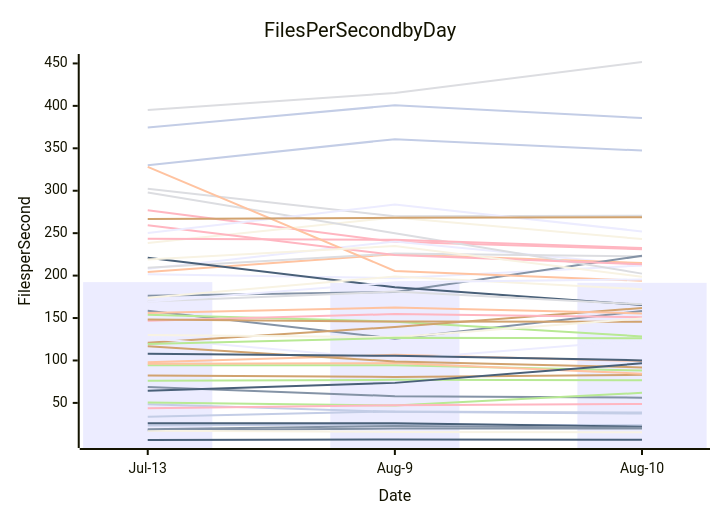
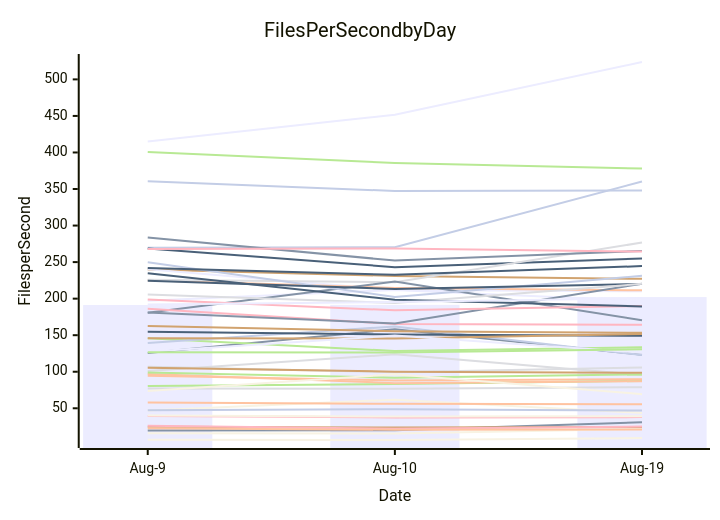
The diagram in perf-report.md (streetsidesoftware/cspell), drawn with Mermaid before and after one commit. The commit also changed other lines of this file and 2 other files, not shown here.

````diff
--- a/perf-report.md
+++ b/perf-report.md
@@ -11,57 +11,57 @@
 ```mermaid
 xychart-beta
     title Files Per Second by Day
     y-axis Files per Second
-    x-axis Date [Jul-13, Aug-9, Aug-10]
-    bar [192.31, 191.27, 191.48]
-    line [17.82, 19.76, 19.87]
-    line [97.93, 106.66, 99.38]
-    line [302.24, 269.81, 270.47]
-    line [94.47, 94.45, 88.13]
-    line [82.41, 80.61, 83.15]
-    line [48.47, 39.52, 37.52]
-    line [277.07, 239.79, 231.09]
-    line [6.29, 6.78, 6.60]
-    line [238.39, 268.54, 243.09]
-    line [208.19, 240.17, 211.99]
-    line [158.48, 125.68, 158.27]
-    line [204.20, 225.24, 214.74]
-    line [209.39, 225.91, 222.58]
-    line [153.81, 145.75, 128.32]
-    line [120.84, 139.45, 161.93]
-    line [23.34, 24.65, 23.72]
-    line [146.76, 154.75, 150.93]
-    line [25.88, 25.95, 22.03]
-    line [17.18, 15.80, 15.53]
-    line [201.45, 196.97, 211.99]
-    line [176.39, 180.75, 223.35]
-    line [96.02, 96.93, 84.41]
-    line [298.01, 249.96, 202.34]
-    line [76.00, 77.16, 76.75]
-    line [148.29, 145.79, 145.58]
-    line [374.43, 400.74, 385.62]
-    line [259.46, 224.37, 213.27]
-    line [221.06, 186.27, 165.43]
-    line [129.95, 127.47, 149.55]
-    line [126.09, 101.07, 123.80]
-    line [68.71, 57.90, 56.15]
-    line [155.87, 162.48, 155.40]
-    line [169.41, 181.18, 166.12]
-    line [50.42, 47.00, 61.84]
-    line [116.87, 98.84, 91.76]
-    line [330.04, 360.76, 347.31]
-    line [243.47, 242.10, 232.62]
-    line [64.41, 73.60, 96.61]
-    line [174.01, 198.91, 184.05]
-    line [250.26, 283.77, 252.09]
-    line [18.90, 22.84, 20.59]
-    line [328.06, 205.56, 193.98]
-    line [395.07, 415.14, 451.69]
-    line [119.39, 126.64, 126.17]
-    line [266.63, 268.09, 268.70]
-    line [33.78, 39.98, 38.63]
-    line [43.65, 47.26, 48.66]
-    line [107.84, 105.46, 100.11]
-    line [218.96, 234.76, 198.61]
-    line [169.05, 192.03, 195.48]
+    x-axis Date [Aug-9, Aug-10, Aug-19]
+    bar [191.27, 191.48, 202.17]
+    line [19.76, 19.87, 30.93]
+    line [94.45, 88.13, 89.83]
+    line [106.66, 99.38, 105.91]
+    line [80.61, 83.15, 87.40]
+    line [239.79, 231.09, 227.14]
+    line [269.81, 270.47, 360.24]
+    line [39.52, 37.52, 37.92]
+    line [268.54, 243.09, 255.05]
+    line [6.78, 6.60, 9.24]
+    line [240.17, 211.99, 210.14]
+    line [125.68, 158.27, 123.28]
+    line [225.24, 214.74, 211.44]
+    line [225.91, 222.58, 276.73]
+    line [145.75, 128.32, 133.46]
+    line [24.65, 23.72, 24.39]
+    line [139.45, 161.93, 122.79]
+    line [25.95, 22.03, 24.99]
+    line [154.75, 150.93, 149.10]
+    line [15.80, 15.53, 21.79]
+    line [196.97, 211.99, 196.83]
+    line [180.75, 223.35, 170.46]
+    line [96.93, 84.41, 87.10]
+    line [77.16, 76.75, 78.74]
+    line [400.74, 385.62, 377.93]
+    line [145.79, 145.58, 151.63]
+    line [249.96, 202.34, 231.21]
+    line [186.27, 165.43, 164.33]
+    line [224.37, 213.27, 220.07]
+    line [47.00, 61.84, 43.58]
+    line [127.47, 149.55, 126.13]
+    line [181.18, 166.12, 220.45]
+    line [57.90, 56.15, 55.63]
+    line [101.07, 123.80, 95.52]
+    line [98.84, 91.76, 96.31]
+    line [162.48, 155.40, 153.35]
+    line [360.76, 347.31, 348.02]
+    line [198.91, 184.05, 190.03]
+    line [242.10, 232.62, 244.56]
+    line [73.60, 96.61, 69.36]
+    line [415.14, 451.69, 523.79]
+    line [283.77, 252.09, 265.24]
+    line [22.84, 20.59, 21.08]
+    line [205.56, 193.98, 220.30]
+    line [126.64, 126.17, 130.66]
+    line [105.46, 100.11, 98.55]
+    line [47.26, 48.66, 46.99]
+    line [268.09, 268.70, 264.40]
+    line [234.76, 198.61, 189.31]
+    line [39.98, 38.63, 39.17]
+    line [192.03, 195.48, 200.49]
 ```
````
